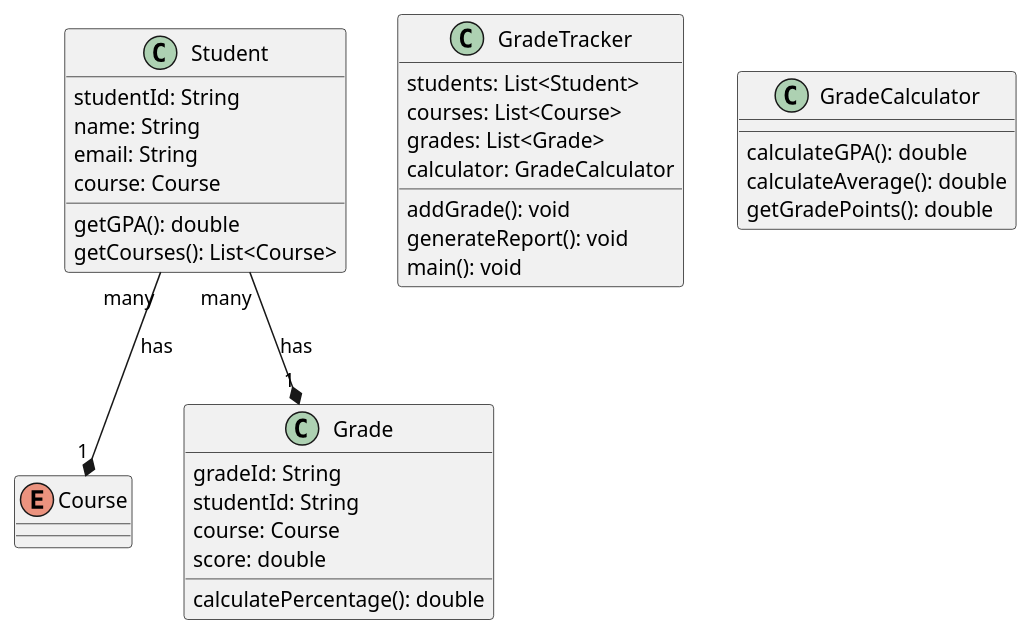
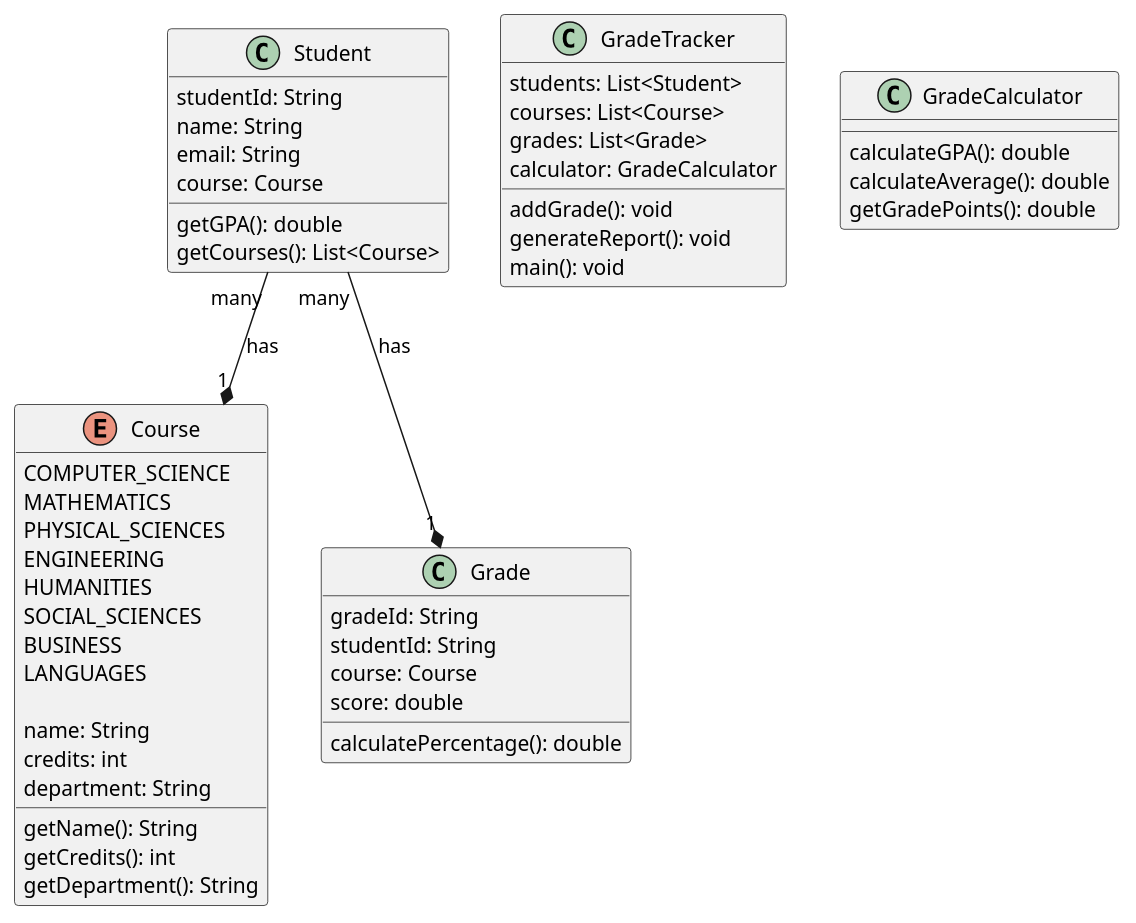
One commit to Clodagh-M/OOAD-StudentGradeTracker changed the diagram in src/UMLDiagram.puml. Above: the diagram before and after it, drawn with PlantUML. The commit also changed 1 other file, not shown here.

```diff
--- a/src/UMLDiagram.puml
+++ b/src/UMLDiagram.puml
@@ -1,56 +1,73 @@
 @startuml
 'https://plantuml.com/class-diagram
 skinparam classAttributeIconSize 0
 
 class Student {
 
 studentId: String
 name: String
 email: String
 course: Course
 
 getGPA(): double
 getCourses(): List<Course>
 
 }
 
 enum Course {
+
+COMPUTER_SCIENCE
+MATHEMATICS
+PHYSICAL_SCIENCES
+ENGINEERING
+HUMANITIES
+SOCIAL_SCIENCES
+BUSINESS
+LANGUAGES
+
+name: String
+credits: int
+department: String
+
+getName(): String
+getCredits(): int
+getDepartment(): String
 
 }
 
 class Grade {
 
 gradeId: String
 studentId: String
 course: Course
 score: double
 
 calculatePercentage(): double
 
 }
 
 class GradeTracker {
 
 students: List<Student>
 courses: List<Course>
 grades: List<Grade>
 calculator: GradeCalculator
 
 addGrade(): void
 generateReport(): void
 main(): void
 
 }
 
 class GradeCalculator {
 
 calculateGPA(): double
 calculateAverage(): double
 getGradePoints(): double
 
 }
 
 Student "many" --* "1" Course : has
 Student "many" --* "1" Grade : has
 
 @enduml
```
